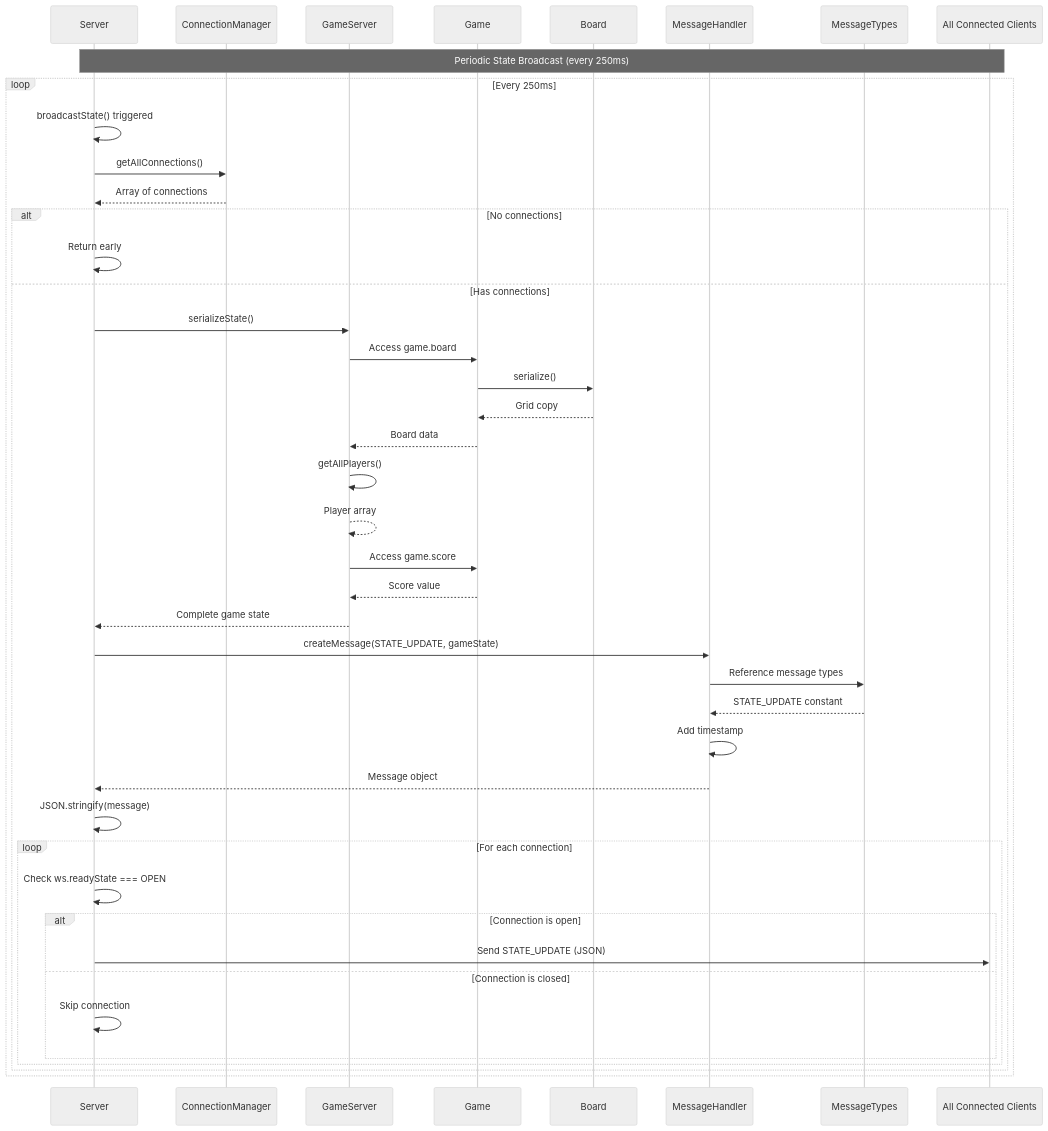
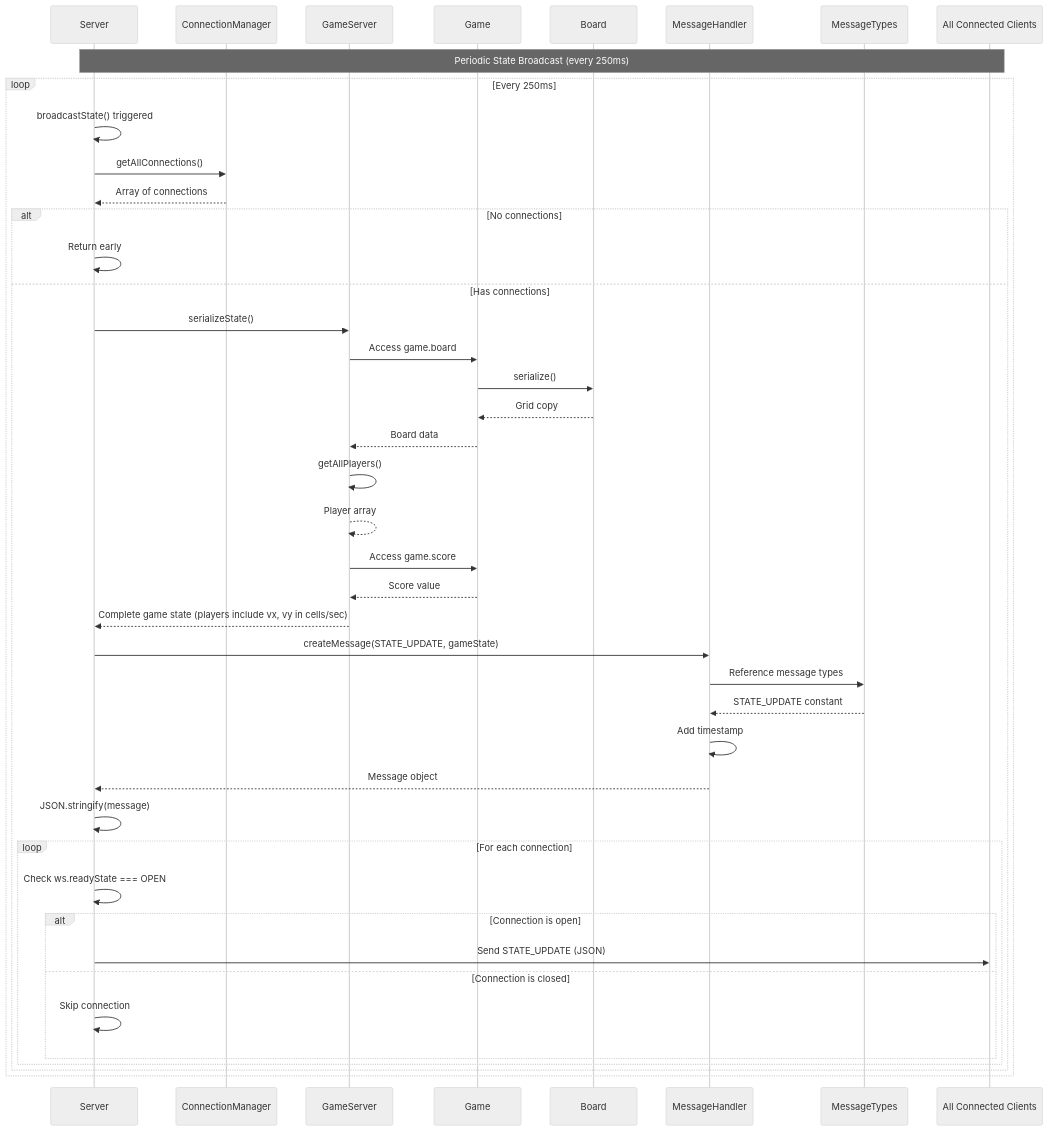
Before and after one commit to dcvezzani/ascii-terminal-game: the diagram in docs/development/specs/server-architecture_SPECS/server-architecture_interactions_4-broadcast.mmd, drawn with Mermaid (neutral theme). The commit also changed 7 other files, not shown here.

```diff
--- a/docs/development/specs/server-architecture_SPECS/server-architecture_interactions_4-broadcast.mmd
+++ b/docs/development/specs/server-architecture_SPECS/server-architecture_interactions_4-broadcast.mmd
@@ -1,56 +1,56 @@
 %% Server Architecture: Periodic State Broadcasting
 %% Sequence diagram showing periodic game state broadcast to all clients
 
 sequenceDiagram
     participant Server as Server
     participant CM as ConnectionManager
     participant GS as GameServer
     participant Game as Game
     participant Board as Board
     participant MH as MessageHandler
     participant MT as MessageTypes
     participant Clients as All Connected Clients
     
     Note over Server,Clients: Periodic State Broadcast (every 250ms)
     
     loop Every 250ms
         Server->>Server: broadcastState() triggered
         
         Server->>CM: getAllConnections()
         CM-->>Server: Array of connections
         
         alt No connections
             Server->>Server: Return early
         else Has connections
             Server->>GS: serializeState()
             GS->>Game: Access game.board
             Game->>Board: serialize()
             Board-->>Game: Grid copy
             Game-->>GS: Board data
             
             GS->>GS: getAllPlayers()
             GS-->>GS: Player array
             
             GS->>Game: Access game.score
             Game-->>GS: Score value
             
-            GS-->>Server: Complete game state
+            GS-->>Server: Complete game state (players include vx, vy in cells/sec)
             
             Server->>MH: createMessage(STATE_UPDATE, gameState)
             MH->>MT: Reference message types
             MT-->>MH: STATE_UPDATE constant
             MH->>MH: Add timestamp
             MH-->>Server: Message object
             
             Server->>Server: JSON.stringify(message)
             
             loop For each connection
                 Server->>Server: Check ws.readyState === OPEN
                 alt Connection is open
                     Server->>Clients: Send STATE_UPDATE (JSON)
                 else Connection is closed
                     Server->>Server: Skip connection
                 end
             end
         end
     end
```
